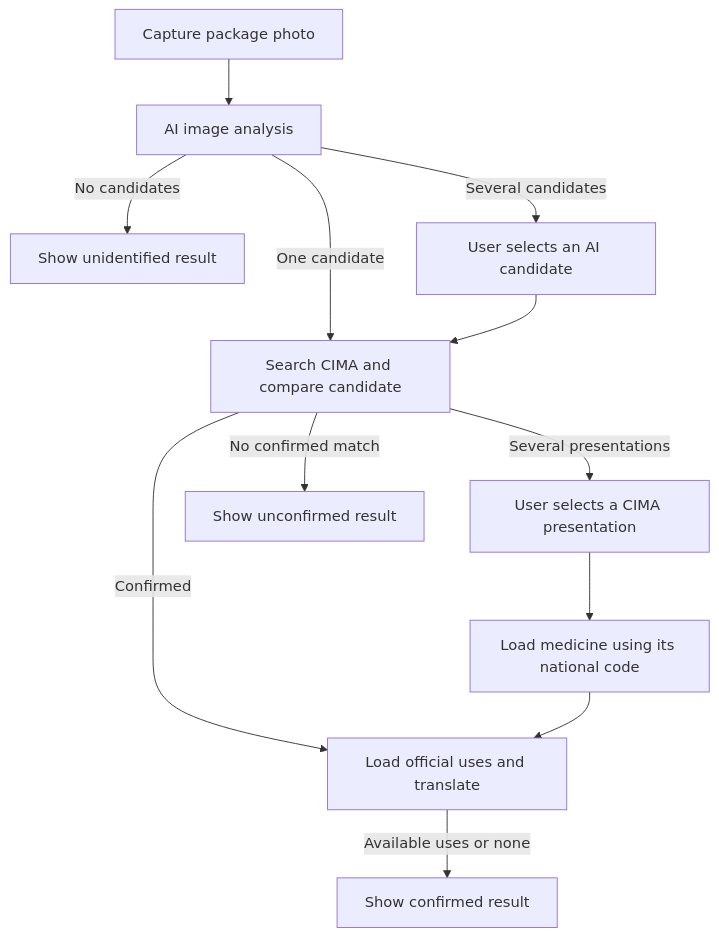
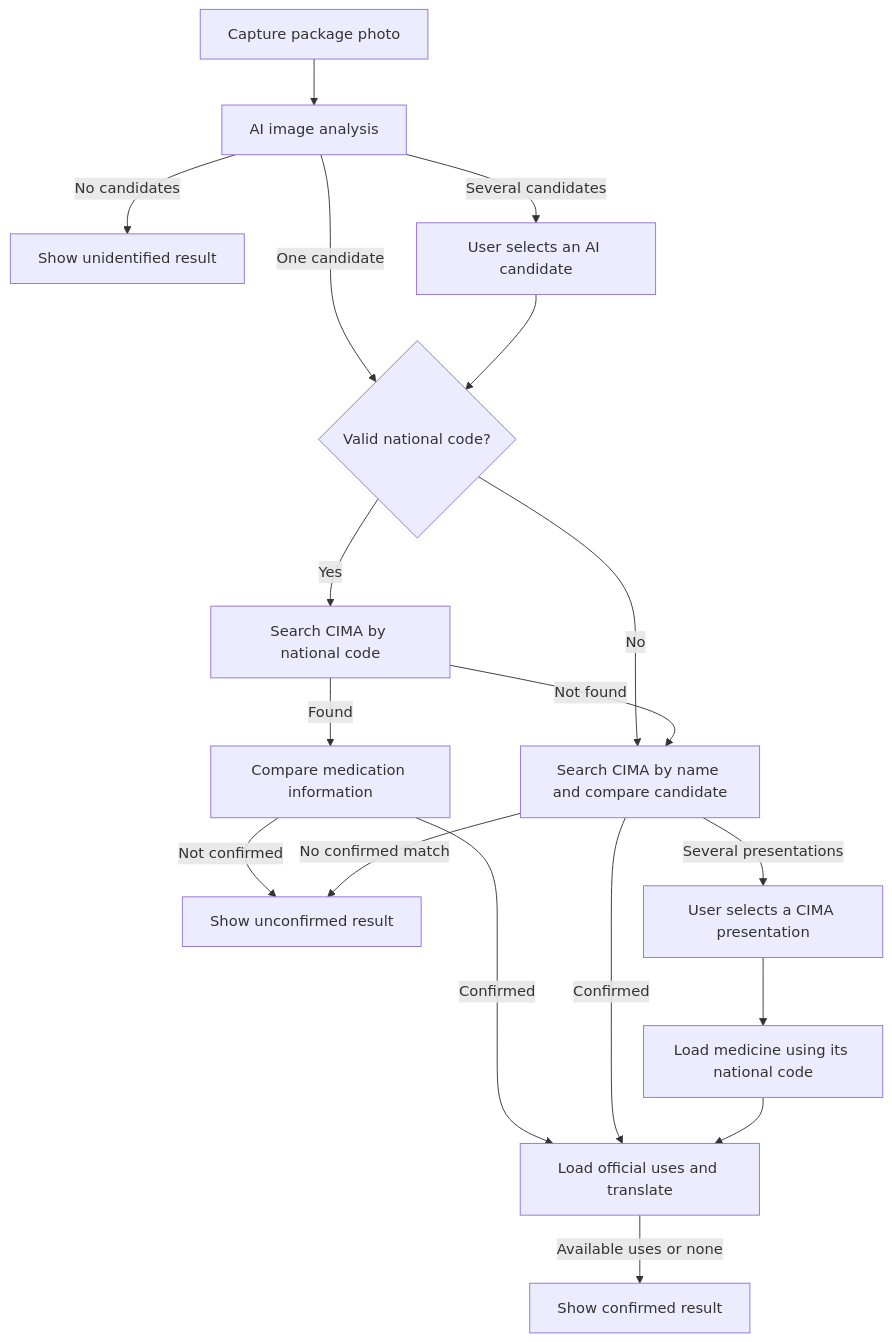
Before and after one commit to aialaelejalde/MedClue: the second of 2 diagrams in docs/ARCHITECTURE.md, drawn with Mermaid. The commit also changed other lines of this file and 16 other files, not shown here.

Commit message:
Add national code identification and update documentation

````diff
--- a/docs/ARCHITECTURE.md
+++ b/docs/ARCHITECTURE.md
@@ -62,14 +62,20 @@
 ```mermaid
 flowchart TD
     Photo[Capture package photo] --> AI[AI image analysis]
     AI -->|No candidates| Unknown[Show unidentified result]
-    AI -->|One candidate| Search[Search CIMA and compare candidate]
+    AI -->|One candidate| Code{Valid national code?}
     AI -->|Several candidates| SelectAI[User selects an AI candidate]
-    SelectAI --> Search
+    SelectAI --> Code
+    Code -->|Yes| Lookup[Search CIMA by national code]
+    Code -->|No| Search[Search CIMA by name and compare candidate]
+    Lookup -->|Not found| Search
+    Lookup -->|Found| Compare[Compare medication information]
+    Compare -->|Confirmed| Uses[Load official uses and translate]
+    Compare -->|Not confirmed| Unconfirmed[Show unconfirmed result]
     Search -->|Several presentations| SelectCIMA[User selects a CIMA presentation]
     SelectCIMA --> Load[Load medicine using its national code]
-    Search -->|No confirmed match| Unconfirmed[Show unconfirmed result]
-    Search -->|Confirmed| Uses[Load official uses and translate]
+    Search -->|No confirmed match| Unconfirmed
+    Search -->|Confirmed| Uses
     Load --> Uses
     Uses -->|Available uses or none| Result[Show confirmed result]
 ```
````
